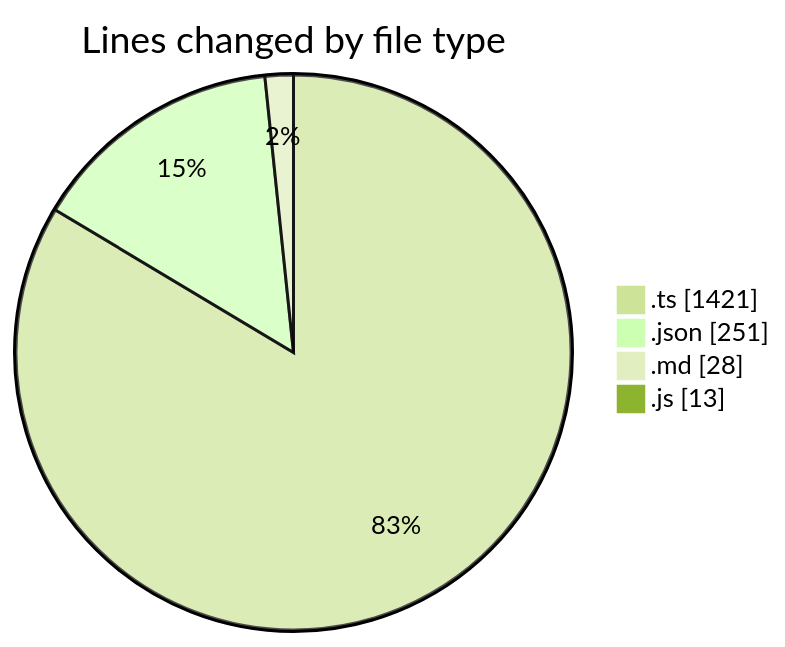
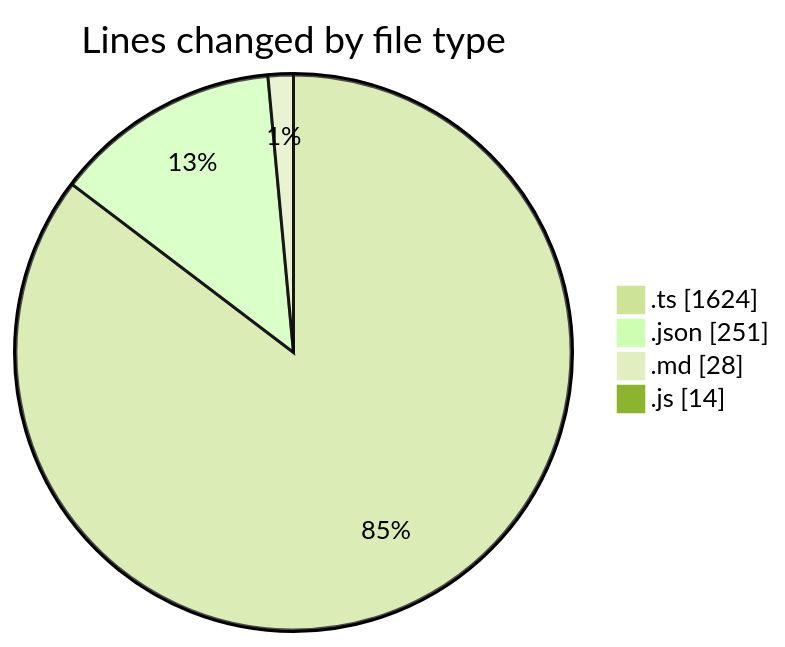
Before and after one commit to ernivani/code-tracking: the first of 2 diagrams in 2025-01-03/my-code-activity-ext/README.md, drawn with Mermaid (forest theme). The commit also changed other lines of this file and 6 other files, not shown here.

````diff
--- a/2025-01-03/my-code-activity-ext/README.md
+++ b/2025-01-03/my-code-activity-ext/README.md
@@ -30,8 +31,8 @@
 ```mermaid
 pie showData
 title Lines changed by file type
-".ts" : 1421
+".ts" : 1624
 ".json" : 251
 ".md" : 28
-".js" : 13
+".js" : 14
 ```
````
